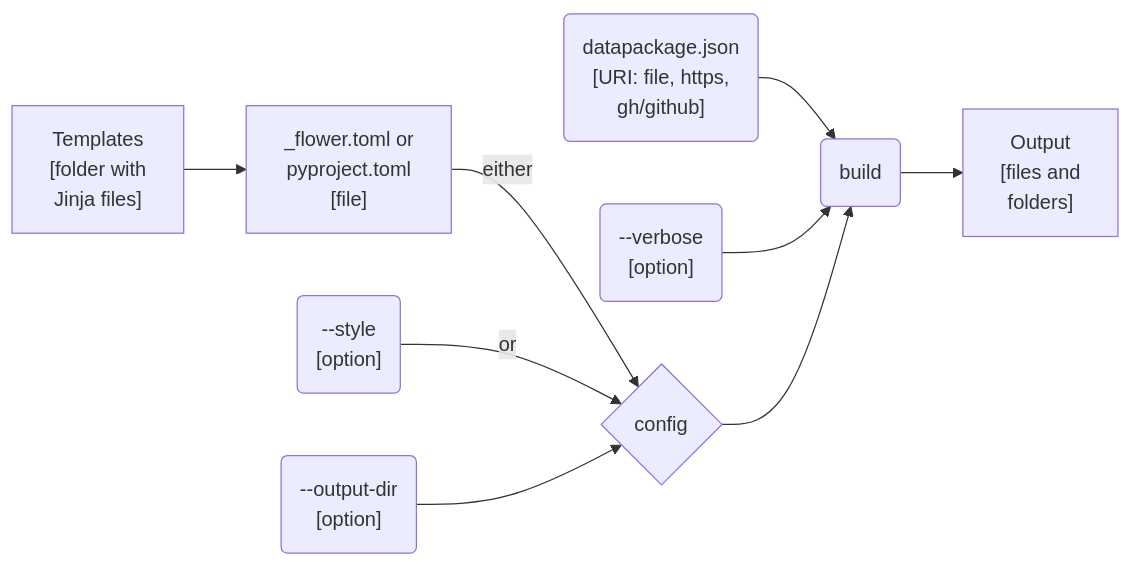
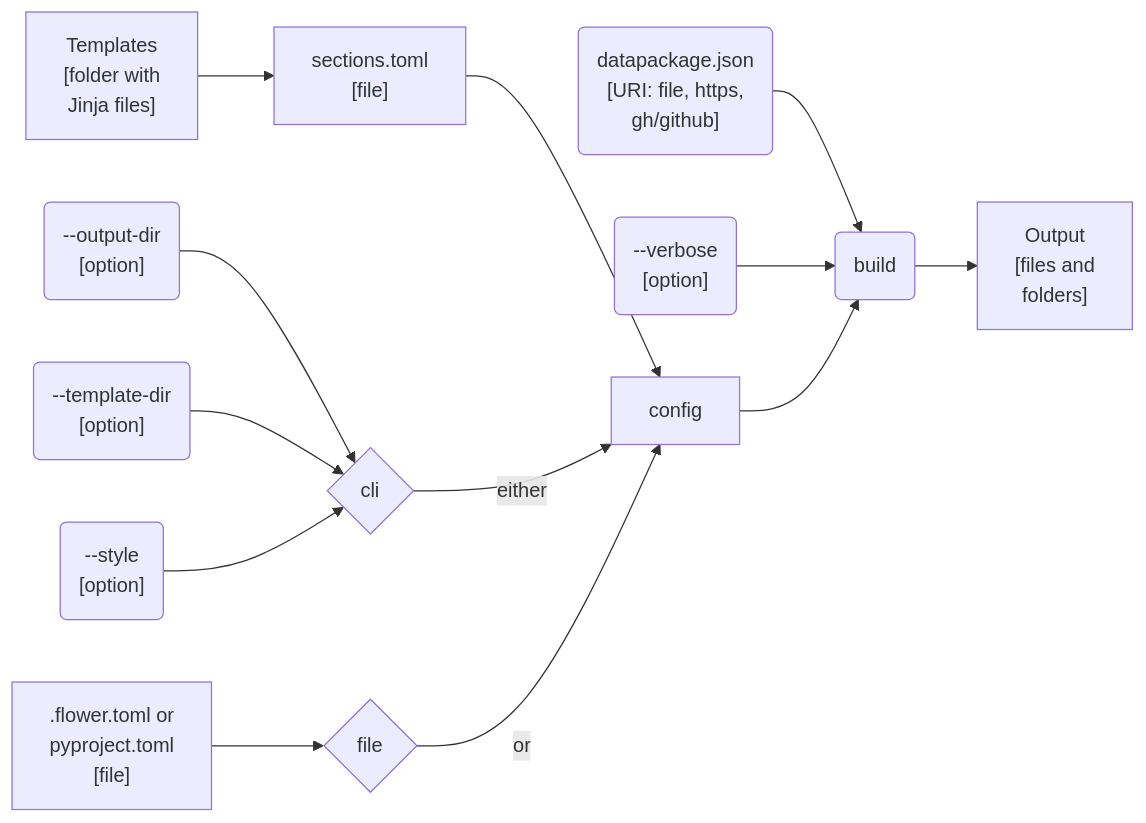
The first of 2 diagrams in docs/design/interface/cli.qmd (seedcase-project/seedcase-flower), drawn with Mermaid before and after one commit. The commit also changed other lines of this file and 3 other files, not shown here.

First line of the commit message:
docs: :building_construction: split `Section` into own `sections.toml` file

````diff
--- a/docs/design/interface/cli.qmd
+++ b/docs/design/interface/cli.qmd
@@ -112,23 +112,32 @@
 ```{mermaid}
 %%| label: fig-cli-build-flow
 %%| fig-cap: "The flow of input and output through the CLI `build` command."
+%%| fig-alt: "Diagram showing the flow of input and output through the CLI `build` command. The user provides a URI to the `datapackage.json` file and an optional style, which are used by the `build` command to generate output files and folders."
 flowchart LR
     uri("datapackage.json<br>[URI: file, https,<br>gh/github]")
-    config_file["_flower.toml or<br>pyproject.toml<br>[file]"]
+    config_file[".flower.toml or<br>pyproject.toml<br>[file]"]
+    config_sections_file["sections.toml<br>[file]"]
     build("build")
     style_opt("--style<br>[option]")
     verbose_opt("--verbose<br>[option]")
     output_dir_opt("--output-dir<br>[option]")
+    template_dir_opt("--template-dir<br>[option]")
     templates["Templates<br>[folder with<br>Jinja files]"]
     output["Output<br>[files and<br>folders]"]
-    config{"config"}
+    file{"file"}
+    cli{"cli"}
 
     uri --> build
-    templates --> config_file
-    config_file -- "either" --> config
-    style_opt -- "or" --> config
-    output_dir_opt --> config
+    config_file --> file
+    output_dir_opt --> cli
+    template_dir_opt --> cli
+    style_opt --> cli
+
+    templates --> config_sections_file
+    config_sections_file --> config
+    cli -- "either" --> config
+    file -- "or" --> config
     verbose_opt --> build
     config --> build
     build --> output
 ```
````
